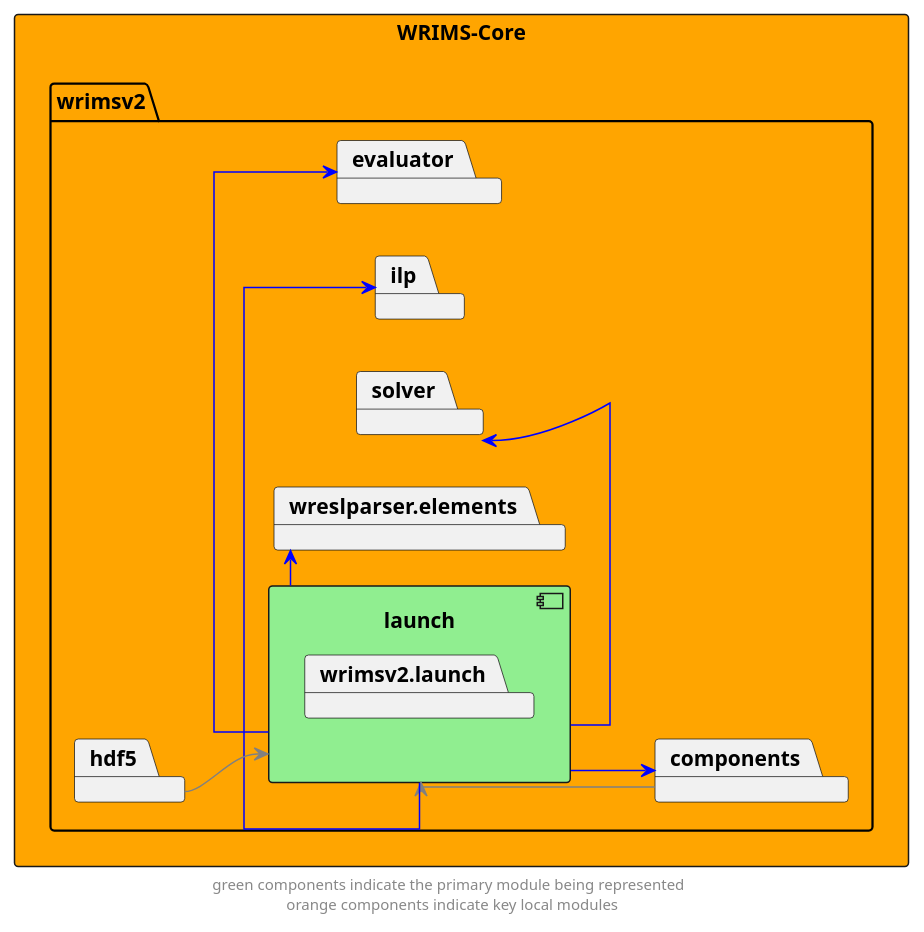
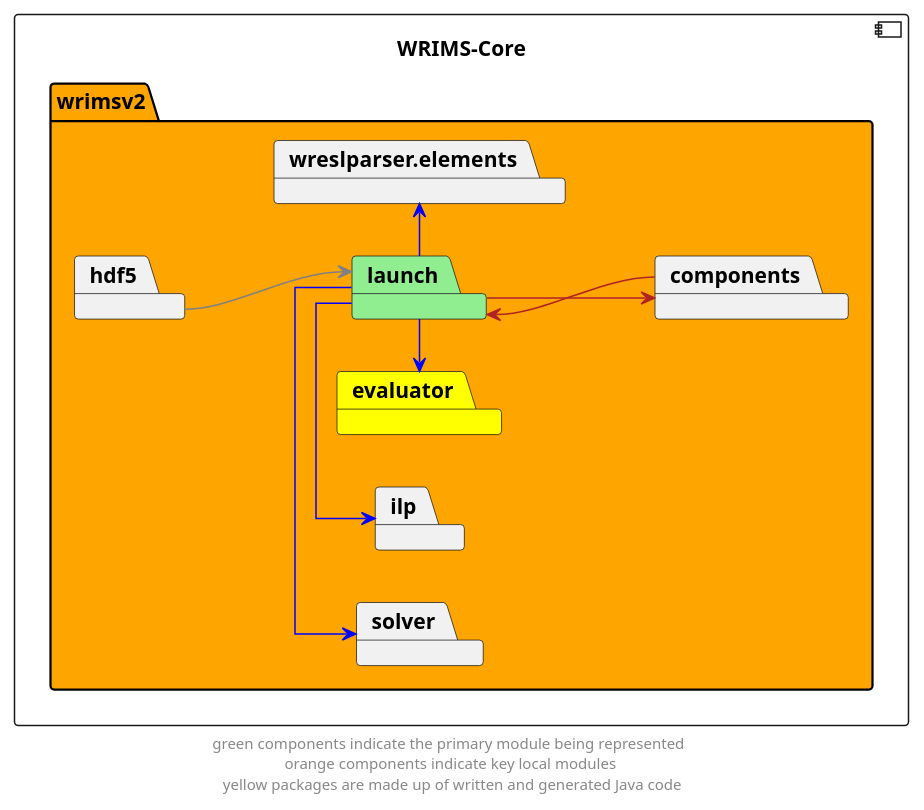
One commit to CentralValleyModeling/wrims changed the diagram in docs/diagrams/wrims-core/wrims-core_launch.puml. Above: the diagram before and after it, drawn with PlantUML. The commit also changed 63 other files, not shown here.

First line of the commit message:
Updated diagrams for improved consistency and legibility (#226)

```diff
--- a/docs/diagrams/wrims-core/wrims-core_launch.puml
+++ b/docs/diagrams/wrims-core/wrims-core_launch.puml
@@ -1,37 +1,32 @@
 @startuml
 left to right direction
 skinparam linetype ortho
 
-rectangle wrims_core as "WRIMS-Core" #orange {
-        package wrimsv2{
-            package launch {
-                component launch #lightgreen {
-                    package wrimsv2.launch
-                }
-            }
+component wrims_core as "WRIMS-Core"  {
+    package wrimsv2 #orange {
+        package launch #lightgreen
         package components
-        package evaluator
+        package evaluator #yellow
         package solver
         package hdf5
         package ilp
         package wreslparser.elements
-
     }
 }
 
-launch -->  components #blue
-components --> launch #grey
+launch -->  components #firebrick
+components --> launch #firebrick
 
 launch -left->  evaluator #blue
 launch -left->  ilp #blue
 launch -left->  solver #blue
 
 launch -r->  wreslparser.elements #blue
 
 hdf5 --> launch #grey
 
 ' The following relationships are hidden and used to format the diagram. They do not represent actual dependencies.
 'debug -r[hidden]-> evaluator
 
-footer "green components indicate the primary module being represented \n orange components indicate key local modules"
+footer "green components indicate the primary module being represented \n orange components indicate key local modules \n yellow packages are made up of written and generated Java code"
 @enduml
```
